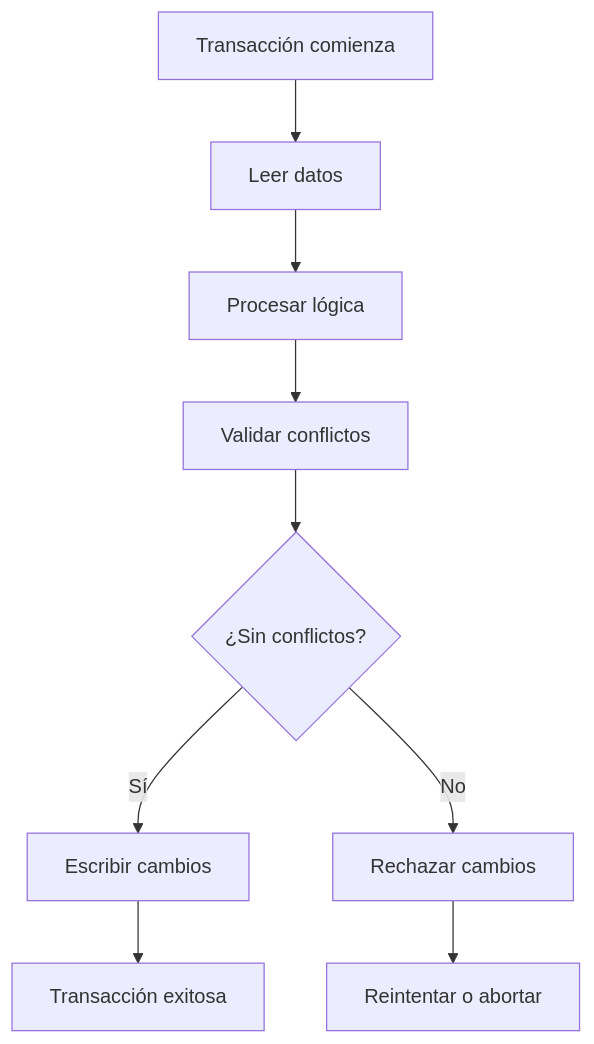
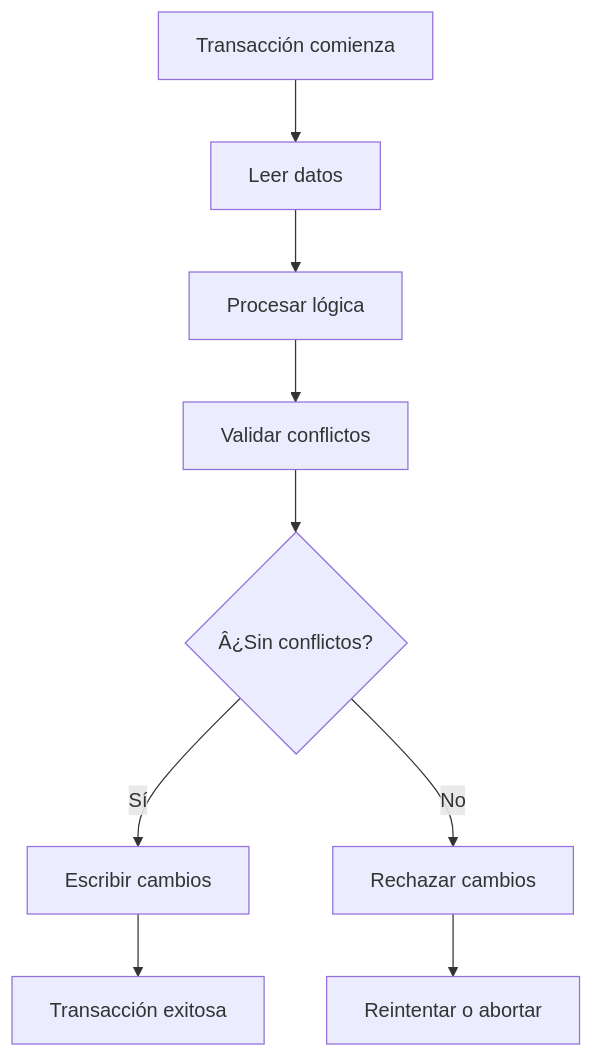
Before and after one commit to joseluisgs/TiendaDawApi-Cqrs-MediatR-NetCore: the fifth of 10 diagrams in doc/15-pedidos-transacciones.md, drawn with Mermaid. The commit also changed other lines of this file and 35 other files, not shown here.

````diff
--- a/doc/15-pedidos-transacciones.md
+++ b/doc/15-pedidos-transacciones.md
@@ -323,11 +323,11 @@
 ```mermaid
 flowchart TD
     A["Transacción comienza"] --> B["Leer datos"]
     B --> C["Procesar lógica"]
     C --> D["Validar conflictos"]
-    D --> E{"¿Sin conflictos?"}
+    D --> E{"Â¿Sin conflictos?"}
     E -->|Sí| F["Escribir cambios"]
     E -->|No| G["Rechazar cambios"]
     F --> H["Transacción exitosa"]
     G --> I["Reintentar o abortar"]
 ```
````
